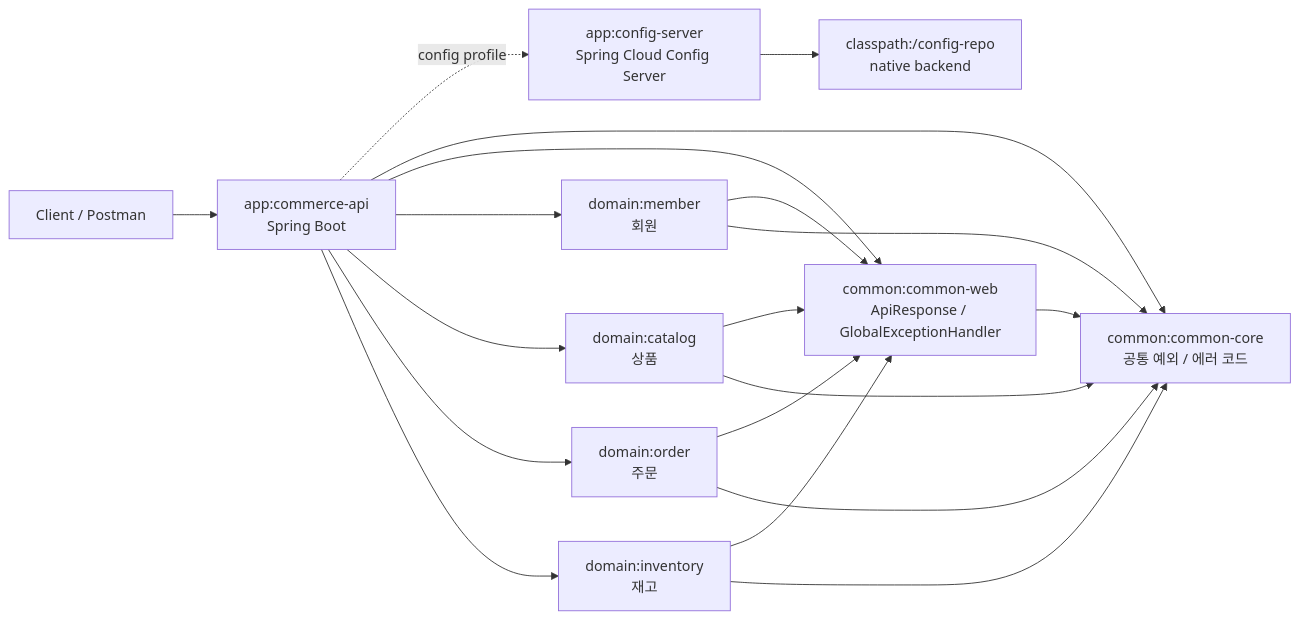
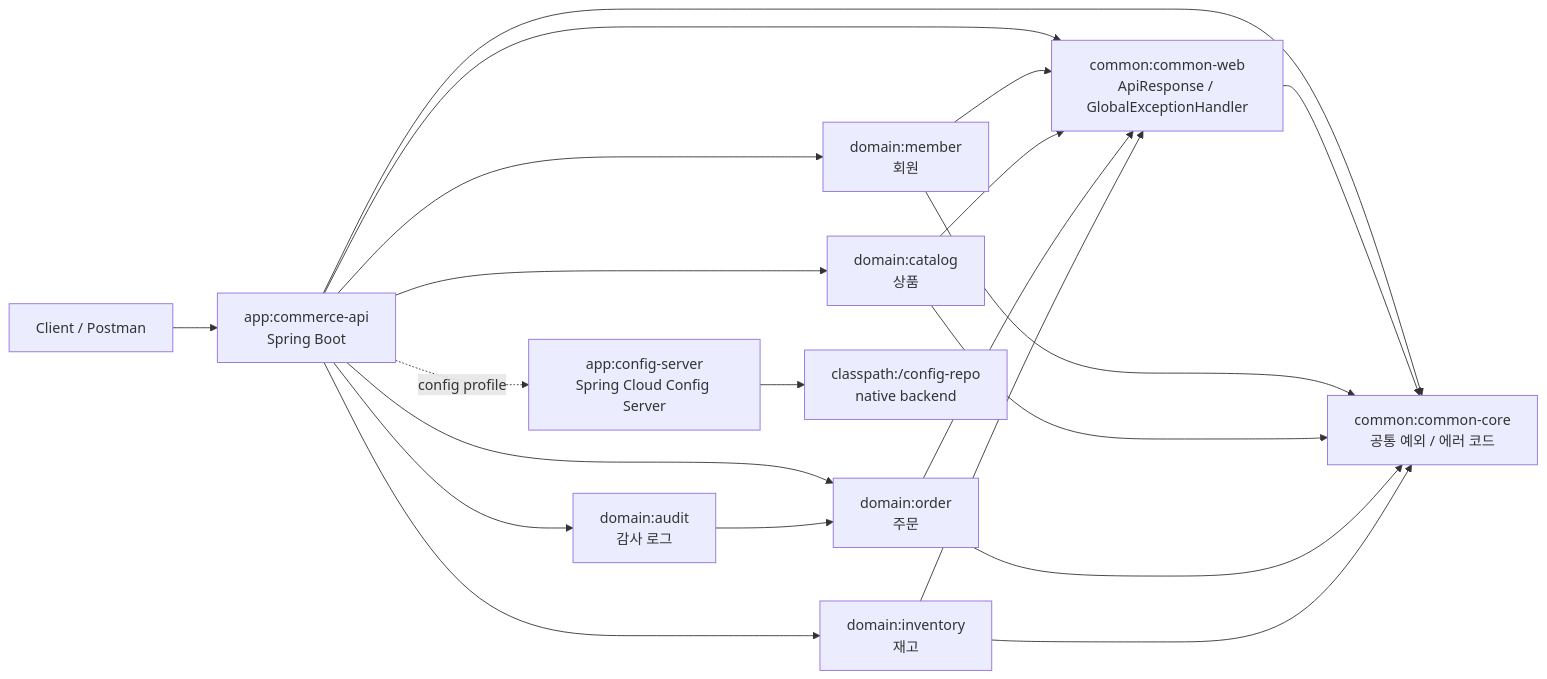
One commit to dongyongChoi/toy-commerce-platform changed the first of 3 diagrams in README.md. Above: the diagram before and after it, drawn with Mermaid. The commit also changed other lines of this file and 16 other files, not shown here.

````diff
--- a/README.md
+++ b/README.md
@@ -31,23 +33,25 @@
 ```mermaid
 flowchart LR
     Client["Client / Postman"] --> API["app:commerce-api<br/>Spring Boot"]
     API -. config profile .-> CONFIG["app:config-server<br/>Spring Cloud Config Server"]
 
     API --> CC["common:common-core<br/>공통 예외 / 에러 코드"]
     API --> CW["common:common-web<br/>ApiResponse / GlobalExceptionHandler"]
     API --> MEMBER["domain:member<br/>회원"]
     API --> CATALOG["domain:catalog<br/>상품"]
     API --> ORDER["domain:order<br/>주문"]
     API --> INVENTORY["domain:inventory<br/>재고"]
+    API --> AUDIT["domain:audit<br/>감사 로그"]
 
     CW --> CC
     MEMBER --> CW
     MEMBER --> CC
     CATALOG --> CW
     CATALOG --> CC
     ORDER --> CW
     ORDER --> CC
     INVENTORY --> CW
     INVENTORY --> CC
+    AUDIT --> ORDER
     CONFIG --> CONFIG_REPO["classpath:/config-repo<br/>native backend"]
 ```
````
